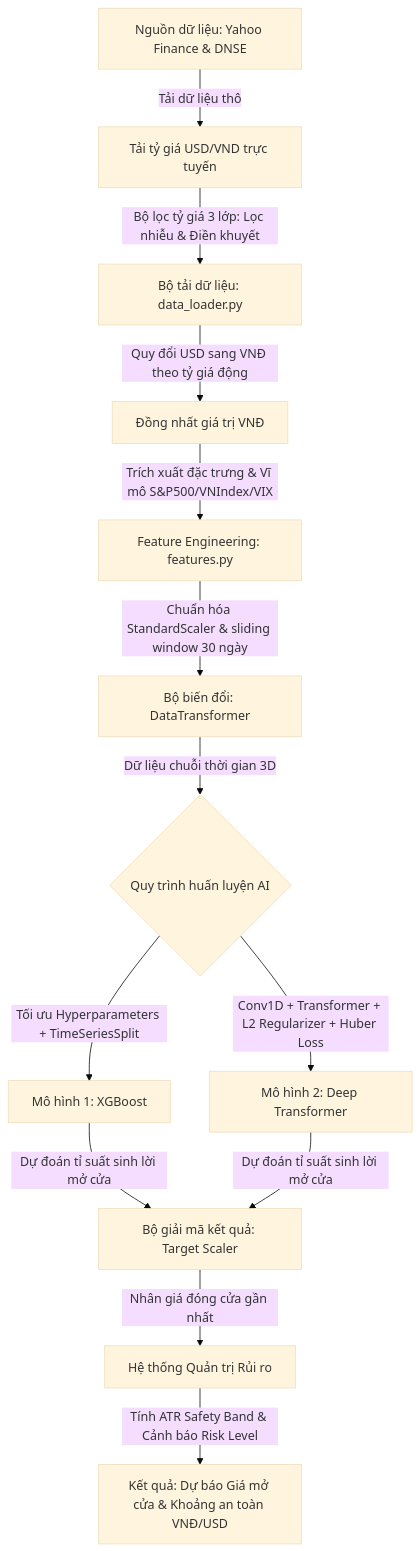
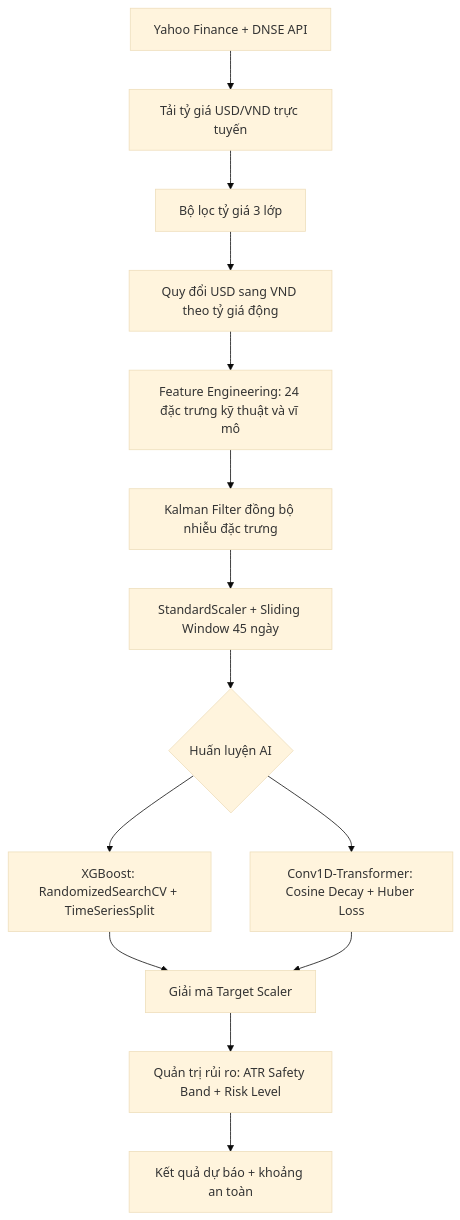
The diagram in README.md (PHP2301/Stock-Opening-Price-Prediction), drawn with Mermaid (base theme) before and after one commit. The commit also changed other lines of this file and 55 other files, not shown here.

````diff
--- a/README.md
+++ b/README.md
@@ -13,15 +91,16 @@
 ```mermaid
 graph TD
-    A[Nguồn dữ liệu: Yahoo Finance & DNSE] -->|Tải dữ liệu thô| B[Tải tỷ giá USD/VND trực tuyến]
-    B -->|Bộ lọc tỷ giá 3 lớp: Lọc nhiễu & Điền khuyết| C[Bộ tải dữ liệu: data_loader.py]
-    C -->|Quy đổi USD sang VNĐ theo tỷ giá động| D[Đồng nhất giá trị VNĐ]
-    D -->|Trích xuất đặc trưng & Vĩ mô S&P500/VNIndex/VIX| E[Feature Engineering: features.py]
-    E -->|Chuẩn hóa StandardScaler & sliding window 30 ngày| F[Bộ biến đổi: DataTransformer]
-    F -->|Dữ liệu chuỗi thời gian 3D| G{Quy trình huấn luyện AI}
-    G -->|Tối ưu Hyperparameters + TimeSeriesSplit| H[Mô hình 1: XGBoost]
-    G -->|Conv1D + Transformer + L2 Regularizer + Huber Loss| I[Mô hình 2: Deep Transformer]
-    H -->|Dự đoán tỉ suất sinh lời mở cửa| J[Bộ giải mã kết quả: Target Scaler]
-    I -->|Dự đoán tỉ suất sinh lời mở cửa| J
-    J -->|Nhân giá đóng cửa gần nhất| K[Hệ thống Quản trị Rủi ro]
-    K -->|Tính ATR Safety Band & Cảnh báo Risk Level| L[Kết quả: Dự báo Giá mở cửa & Khoảng an toàn VNĐ/USD]
+    A[Yahoo Finance + DNSE API] --> B[Tải tỷ giá USD/VND trực tuyến]
+    B --> C[Bộ lọc tỷ giá 3 lớp]
+    C --> D[Quy đổi USD sang VND theo tỷ giá động]
+    D --> E[Feature Engineering: 24 đặc trưng kỹ thuật và vĩ mô]
+    E --> F[Kalman Filter đồng bộ nhiễu đặc trưng]
+    F --> G[StandardScaler + Sliding Window 45 ngày]
+    G --> H{Huấn luyện AI}
+    H --> I[XGBoost: RandomizedSearchCV + TimeSeriesSplit]
+    H --> J[Conv1D-Transformer: Cosine Decay + Huber Loss]
+    I --> K[Giải mã Target Scaler]
+    J --> K
+    K --> L[Quản trị rủi ro: ATR Safety Band + Risk Level]
+    L --> M[Kết quả dự báo + khoảng an toàn]
 ```
````
